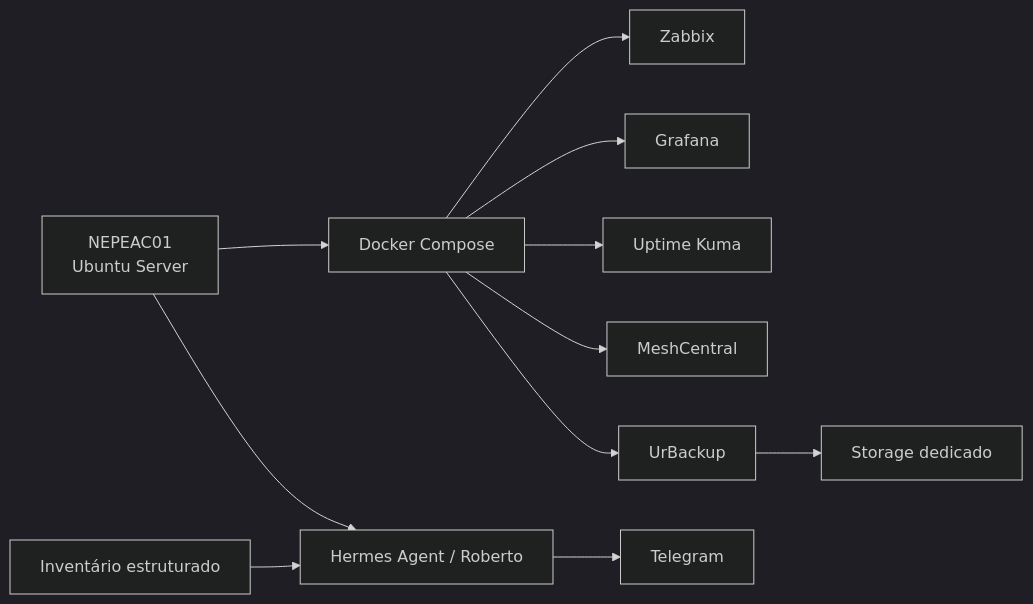
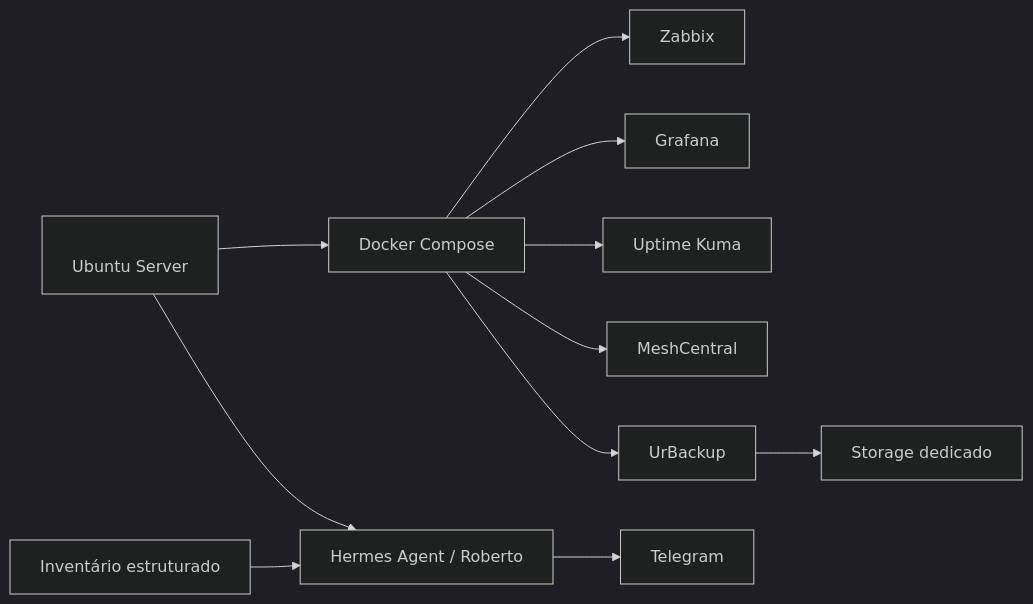
The diagram in docs/arquitetura.md (rsfbinformatica-n3/nepeac-infrastructure-monitoring), drawn with Mermaid (dark theme) before and after one commit. The commit also changed 2 other files, not shown here.

Commit message:
docs: sanitiza identificador do servidor

````diff
--- a/docs/arquitetura.md
+++ b/docs/arquitetura.md
@@ -16,13 +16,13 @@
 ```mermaid
 flowchart LR
-    Host["NEPEAC01\nUbuntu Server"] --> Docker["Docker Compose"]
+    Host["<MONITORING_SERVER>\nUbuntu Server"] --> Docker["Docker Compose"]
     Docker --> Zabbix
     Docker --> Grafana
     Docker --> Kuma["Uptime Kuma"]
     Docker --> MeshCentral
     Docker --> UrBackup
     Host --> Roberto["Hermes Agent / Roberto"]
     Roberto --> Telegram["Telegram"]
     UrBackup --> Storage["Storage dedicado"]
     Inventory["Inventário estruturado"] --> Roberto
 ```
````
